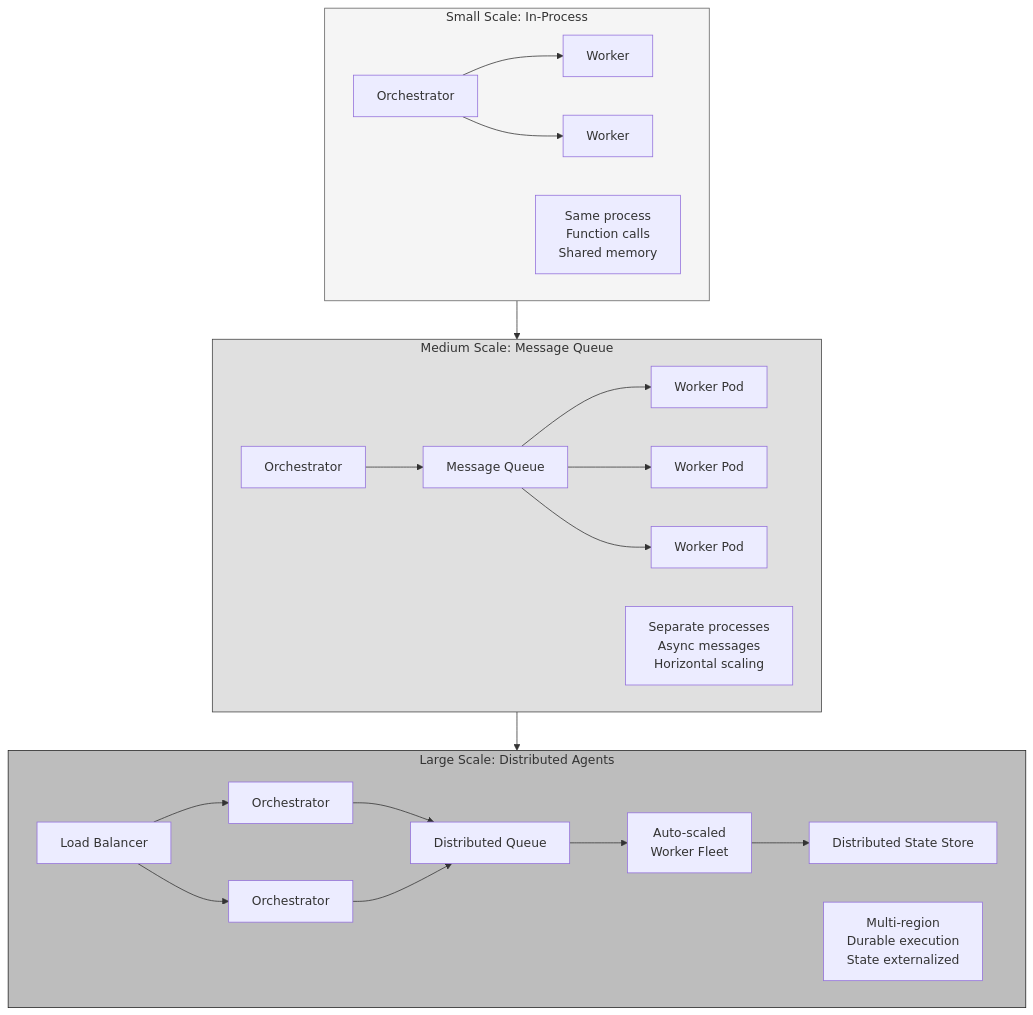
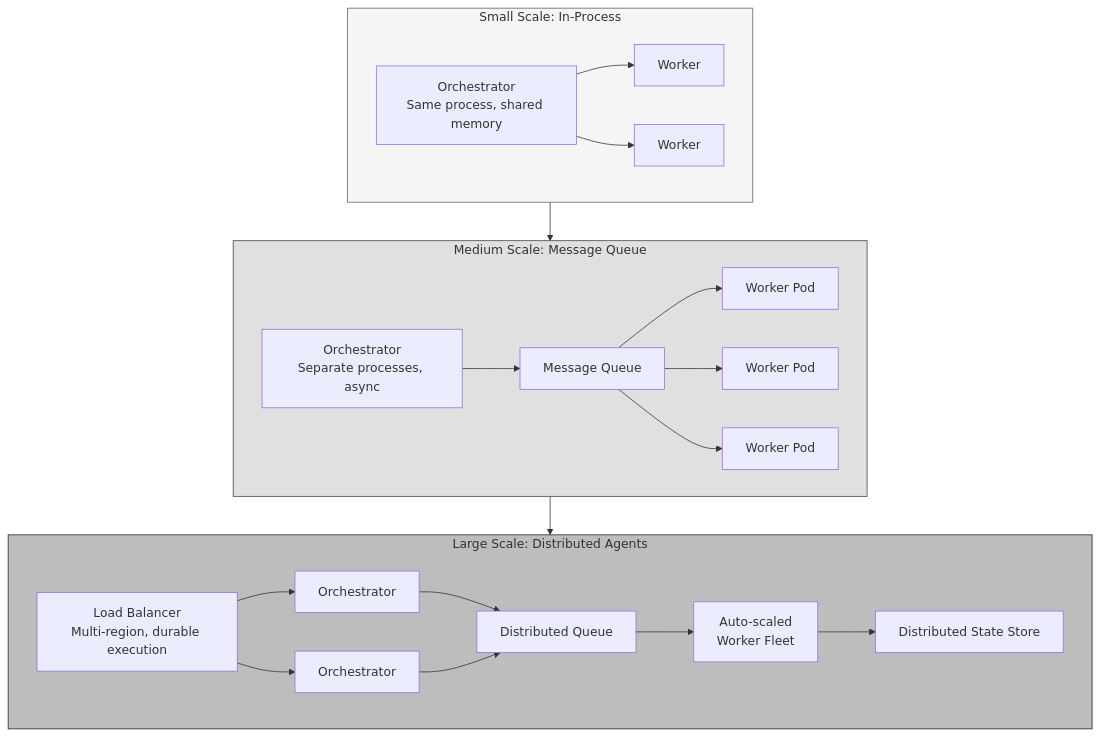
One commit to Shekharrajak/agent-design-patterns changed the third of 6 diagrams in docs/posts/06-multi-agent-system-architecture.md. Above: the diagram before and after it, drawn with Mermaid. The commit also changed other lines of this file and 7 other files, not shown here.

Commit message:
fix: resolve Mermaid rendering issues across all chapters

````diff
--- a/docs/posts/06-multi-agent-system-architecture.md
+++ b/docs/posts/06-multi-agent-system-architecture.md
@@ -83,33 +78,29 @@
 ```mermaid
 graph TD
     subgraph SMALL["Small Scale: In-Process"]
-        S_ORCH["Orchestrator"] --> S_W1["Worker"]
+        S_ORCH["Orchestrator<br/>Same process, shared memory"] --> S_W1["Worker"]
         S_ORCH --> S_W2["Worker"]
-        S_NOTE["Same process<br/>Function calls<br/>Shared memory"]
     end
 
     subgraph MEDIUM["Medium Scale: Message Queue"]
-        M_ORCH["Orchestrator"] --> MQ["Message Queue"]
+        M_ORCH["Orchestrator<br/>Separate processes, async"] --> MQ["Message Queue"]
         MQ --> M_W1["Worker Pod"]
         MQ --> M_W2["Worker Pod"]
         MQ --> M_W3["Worker Pod"]
-        M_NOTE["Separate processes<br/>Async messages<br/>Horizontal scaling"]
     end
 
     subgraph LARGE["Large Scale: Distributed Agents"]
-        L_LB["Load Balancer"]
-        L_LB --> L_O1["Orchestrator"]
+        L_LB["Load Balancer<br/>Multi-region, durable execution"] --> L_O1["Orchestrator"]
         L_LB --> L_O2["Orchestrator"]
         L_O1 --> L_MQ["Distributed Queue"]
         L_O2 --> L_MQ
         L_MQ --> L_W["Auto-scaled<br/>Worker Fleet"]
         L_W --> L_STORE["Distributed State Store"]
-        L_NOTE["Multi-region<br/>Durable execution<br/>State externalized"]
     end
 
     SMALL --> MEDIUM --> LARGE
 
     style SMALL fill:#f5f5f5,stroke:#616161
     style MEDIUM fill:#e0e0e0,stroke:#424242
     style LARGE fill:#bdbdbd,stroke:#212121
 ```
````
